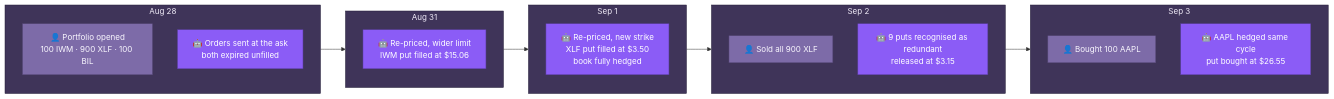
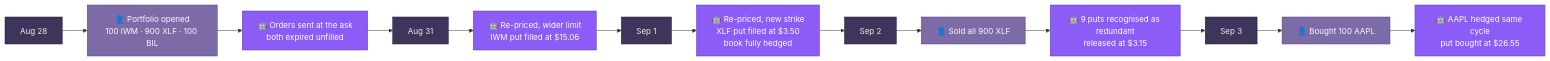
One commit to ol1ak5/Drawdown-Guard changed the first of 2 diagrams in README.md. Above: the diagram before and after it, drawn with Mermaid.

Commit message:
Drop subgraphs - GitHub's mermaid could not render them
The day-by-day diagram used subgraph containers with direction TB nested
inside a flowchart LR, plus classDef/class to style the containers.
GitHub reported "Unable to render rich display" - that combination is
past what its bundled mermaid version handles, even though it is valid
mermaid syntax elsewhere.

Rebuilt as a flat chain: a day node, its events, straight into the next
day, styled with plain per-node `style` lines - the exact pattern the
Agent Loop diagram above it already uses and already renders. Simpler
syntax, same violet palette, same story: a day marker, then what
happened on it, one arrow at a time.

````diff
--- a/README.md
+++ b/README.md
@@ -73,40 +73,31 @@
 ```mermaid
 flowchart LR
-    classDef day fill:#3f3459,stroke:#241f38,color:#efeaf7
-    classDef client fill:#7d6ba8,stroke:#544674,color:#faf8ff
-    classDef agent fill:#8b5cf6,stroke:#5b3fa0,color:#ffffff
+    D1["Aug 28"] --> C1["👤 Portfolio opened<br/>100 IWM · 900 XLF · 100 BIL"]
+    C1 --> A1["🤖 Orders sent at the ask<br/>both expired unfilled"]
+    A1 --> D2["Aug 31"]
+    D2 --> A2["🤖 Re-priced, wider limit<br/>IWM put filled at $15.06"]
+    A2 --> D3["Sep 1"]
+    D3 --> A3["🤖 Re-priced, new strike<br/>XLF put filled at $3.50<br/>book fully hedged"]
+    A3 --> D4["Sep 2"]
+    D4 --> C4["👤 Sold all 900 XLF"]
+    C4 --> A4["🤖 9 puts recognised as redundant<br/>released at $3.15"]
+    A4 --> D5["Sep 3"]
+    D5 --> C5["👤 Bought 100 AAPL"]
+    C5 --> A5["🤖 AAPL hedged same cycle<br/>put bought at $26.55"]
 
-    subgraph D1["Aug 28"]
-        direction TB
-        C1["👤 Portfolio opened<br/>100 IWM · 900 XLF · 100 BIL"]
-        A1["🤖 Orders sent at the ask<br/>both expired unfilled"]
-    end
+    style D1 fill:#3f3459,stroke:#241f38,color:#efeaf7
+    style D2 fill:#3f3459,stroke:#241f38,color:#efeaf7
+    style D3 fill:#3f3459,stroke:#241f38,color:#efeaf7
+    style D4 fill:#3f3459,stroke:#241f38,color:#efeaf7
+    style D5 fill:#3f3459,stroke:#241f38,color:#efeaf7
 
-    subgraph D2["Aug 31"]
-        direction TB
-        A2["🤖 Re-priced, wider limit<br/>IWM put filled at $15.06"]
-    end
+    style C1 fill:#7d6ba8,stroke:#544674,color:#faf8ff
+    style C4 fill:#7d6ba8,stroke:#544674,color:#faf8ff
+    style C5 fill:#7d6ba8,stroke:#544674,color:#faf8ff
 
-    subgraph D3["Sep 1"]
-        direction TB
-        A3["🤖 Re-priced, new strike<br/>XLF put filled at $3.50<br/>book fully hedged"]
-    end
-
-    subgraph D4["Sep 2"]
-        direction TB
-        C4["👤 Sold all 900 XLF"]
-        A4["🤖 9 puts recognised as redundant<br/>released at $3.15"]
-    end
-
-    subgraph D5["Sep 3"]
-        direction TB
-        C5["👤 Bought 100 AAPL"]
-        A5["🤖 AAPL hedged same cycle<br/>put bought at $26.55"]
-    end
-
-    D1 --> D2 --> D3 --> D4 --> D5
-
-    class D1,D2,D3,D4,D5 day
-    class C1,C4,C5 client
-    class A1,A2,A3,A4,A5 agent
+    style A1 fill:#8b5cf6,stroke:#5b3fa0,color:#ffffff
+    style A2 fill:#8b5cf6,stroke:#5b3fa0,color:#ffffff
+    style A3 fill:#8b5cf6,stroke:#5b3fa0,color:#ffffff
+    style A4 fill:#8b5cf6,stroke:#5b3fa0,color:#ffffff
+    style A5 fill:#8b5cf6,stroke:#5b3fa0,color:#ffffff
 ```
````
